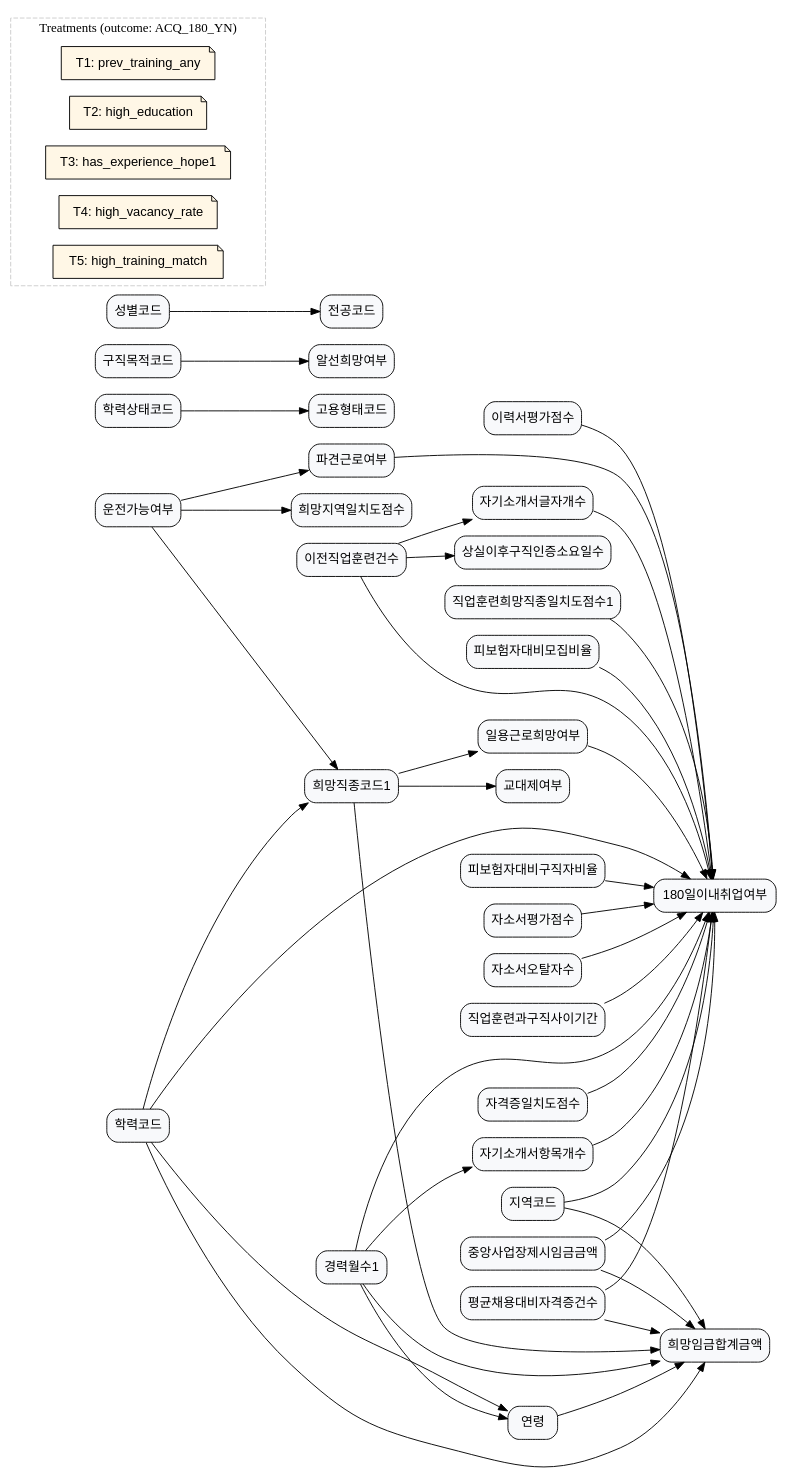
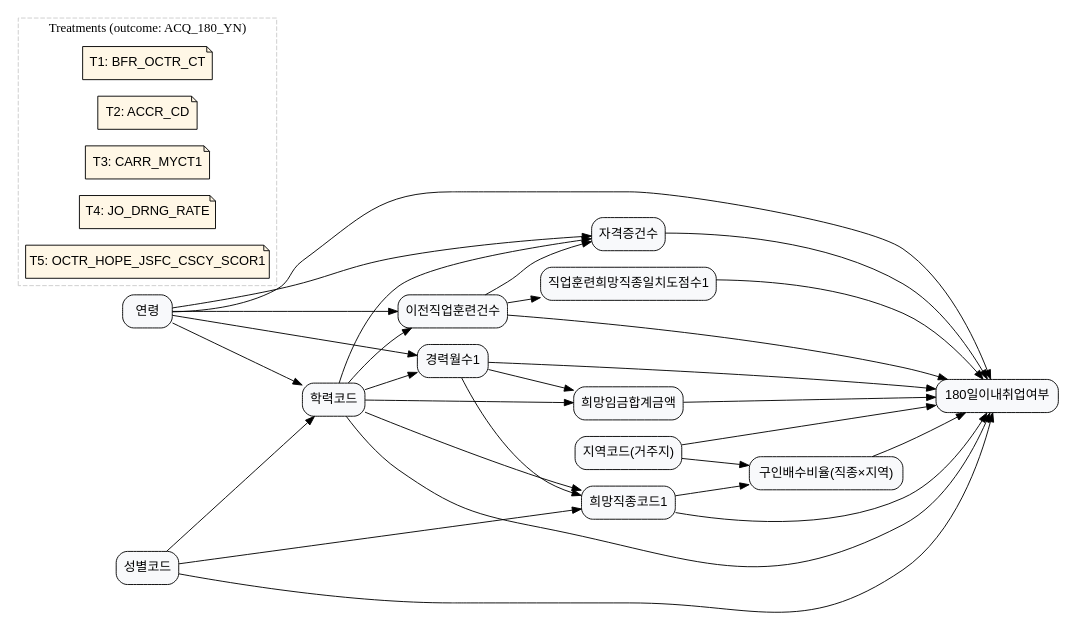
Before and after one commit to KU-LIM-Lab/dowhy-deep: the diagram in laborlab/data/graph_data/graph_1.dot, drawn with Graphviz. The commit also changed 19 other files, not shown here.

Commit message:
graph updated and added

```diff
--- a/laborlab/data/graph_data/graph_1.dot
+++ b/laborlab/data/graph_data/graph_1.dot
@@ -1,172 +1,109 @@
 digraph {
     rankdir=LR;
     node [shape=box, style="rounded,filled", fillcolor="#F8F9FB", fontname="Helvetica"];
 
-    // ==== 노드 라벨 정의 ====
     ACQ_180_YN                  [label="180일이내취업여부"];
-    FRFT_AFTR_JHNT_REQR_DYCT    [label="상실이후구직인증소요일수"];
-    EMPL_STLE_CD                [label="고용형태코드"];
-    ACCR_STCD                   [label="학력상태코드"];
-    DSPT_LABR_YN                [label="파견근로여부"];
-    DRV_PSBL_YN                 [label="운전가능여부"];
+    BFR_OCTR_CT                 [label="이전직업훈련건수"];
+    ACCR_CD                     [label="학력코드"];
+    CARR_MYCT1                  [label="경력월수1"];
+    JO_DRNG_RATE                [label="구인배수비율(직종×지역)"];
+    OCTR_HOPE_JSFC_CSCY_SCOR1   [label="직업훈련희망직종일치도점수1"];
+
+    AGE                         [label="연령"];
+    SXDS_CD                     [label="성별코드"];
+    AREA_CD                     [label="지역코드(거주지)"];
+    HOPE_JSCD1                  [label="희망직종코드1"];
     HOPE_WAGE_SM_AMT            [label="희망임금합계금액"];
-    HOPE_JSCD1                  [label="희망직종코드1"];
-    CARR_MYCT1                  [label="경력월수1"];
-    ACCR_CD                     [label="학력코드"];
-    NTR_BPLC_PSNT_WAGE_AMT      [label="중앙사업장제시임금금액"];
-    AVG_EMPN_VS_CRQF_CT         [label="평균채용대비자격증건수"];
-    AREA_CD                     [label="지역코드"];
-    AGE                         [label="연령"];
-    SHSY_YN                     [label="교대제여부"];
-    DLY_LABR_HOPE_YN            [label="일용근로희망여부"];
-    BFR_OCTR_CT                 [label="이전직업훈련건수"];
-    SFID_IEM_NUM                [label="자기소개서항목개수"];
-    SFID_LTTR_NUM               [label="자기소개서글자개수"];
-    OCTR_HOPE_JSFC_CSCY_SCOR1   [label="직업훈련희망직종일치도점수1"];
-    IPS_VS_RCIT_RATE            [label="피보험자대비모집비율"];
-    IPS_VS_JBHT_RATE            [label="피보험자대비구직자비율"];
-    HPAR_CSCY_SCOR              [label="희망지역일치도점수"];
-    JHNT_PPOS_CD                [label="구직목적코드"];
-    MDTN_HOPE_YN                [label="알선희망여부"];
-    SXDS_CD                     [label="성별코드"];
-    MAJR_CD1                    [label="전공코드"];
+    CRQF_CT                     [label="자격증건수"];
 
-    // 추가 파생/평가 변수 (영문 ID 유지)
-    cover_score                 [label="자소서평가점수"];
-    cover_typo_count            [label="자소서오탈자수"];
-    days_last_training_to_jobseek [label="직업훈련과구직사이기간"];
-    license_score               [label="자격증일치도점수"];
-    resume_score                [label="이력서평가점수"];
+    // 인과관계
+    AGE      -> ACCR_CD;
+    AGE      -> CARR_MYCT1;
+    AGE      -> BFR_OCTR_CT;
+    AGE      -> CRQF_CT;
+    AGE      -> ACQ_180_YN;
 
-    // ============================================================
-    // ==== Treatment definitions (메타데이터용 노드) ==============
-    // DoWhy/TabPFN 파이프라인에서 읽을 수 있도록
-    // role="treatment_meta"로 태깅한 노드 안에 정보를 넣어둔다.
+    SXDS_CD  -> ACCR_CD;
+    SXDS_CD  -> HOPE_JSCD1;
+    SXDS_CD  -> ACQ_180_YN;
 
+    ACCR_CD  -> CARR_MYCT1;
+    ACCR_CD  -> BFR_OCTR_CT;
+    ACCR_CD  -> CRQF_CT;
+    ACCR_CD  -> HOPE_JSCD1;
+    ACCR_CD  -> HOPE_WAGE_SM_AMT;
+    ACCR_CD  -> ACQ_180_YN;
+
+    CARR_MYCT1 -> HOPE_JSCD1;
+    CARR_MYCT1 -> HOPE_WAGE_SM_AMT;
+    CARR_MYCT1 -> ACQ_180_YN;
+
+    AREA_CD     -> JO_DRNG_RATE;
+    AREA_CD     -> ACQ_180_YN;
+
+    HOPE_JSCD1  -> JO_DRNG_RATE;
+    HOPE_JSCD1  -> ACQ_180_YN;
+
+    JO_DRNG_RATE -> ACQ_180_YN;
+
+    BFR_OCTR_CT               -> OCTR_HOPE_JSFC_CSCY_SCOR1;
+    BFR_OCTR_CT               -> CRQF_CT;
+    BFR_OCTR_CT               -> ACQ_180_YN;
+    OCTR_HOPE_JSFC_CSCY_SCOR1 -> ACQ_180_YN;
+    CRQF_CT                   -> ACQ_180_YN;
+
+    HOPE_WAGE_SM_AMT -> ACQ_180_YN;
+
+    // Treatments
     subgraph cluster_treatments {
         label="Treatments (outcome: ACQ_180_YN)";
         style=dashed;
         color="#CCCCCC";
         node [shape=note, style="rounded,filled", fillcolor="#FFF7E6", fontname="Helvetica"];
 
-        // T1: 이전 직업훈련 경험 (training exposure)
         T1 [
-            label="T1: prev_training_any",
+            label="T1: BFR_OCTR_CT",
             role="treatment_meta",
             treatment_var="BFR_OCTR_CT",
-            treatment_name="prev_training_any",
-            treatment_def="BFR_OCTR_CT > 0",
-            treatment_question="이전 직업훈련을 한 번이라도 받은 사람은 그렇지 않은 사람보다 6개월 이내 취업 확률이 얼마나 높은가?"
+            treatment_name="BFR_OCTR_CT",
+            treatment_def="이전직업훈련건수 수준 차이가 ACQ_180_YN(6개월 내 취업)에 미치는 인과효과",
+            treatment_question="이전 직업훈련을 많이 받은 사람과 거의 받지 않은 사람의 6개월 내 취업 확률 차이는?"
         ];
 
-        // T2: 최종 학력 수준 (education level)
         T2 [
-            label="T2: high_education",
+            label="T2: ACCR_CD",
             role="treatment_meta",
             treatment_var="ACCR_CD",
-            treatment_name="high_education",
-            treatment_def="전문대/대졸 이상=1, 고졸 이하=0 (실제 cut-off는 코드값 보고 결정)",
-            treatment_question="높은 학력을 가진 구직자는 낮은 학력자에 비해 6개월 이내 취업 확률이 얼마나 다른가?"
+            treatment_name="ACCR_CD",
+            treatment_def="학력코드(최종학력) 수준 차이가 ACQ_180_YN에 미치는 인과효과",
+            treatment_question="학력 수준이 다른 구직자 간 6개월 내 취업 확률 차이는?"
         ];
 
-        // T3: 관련 경력 보유 여부 (experience in desired occupation)
         T3 [
-            label="T3: has_experience_hope1",
+            label="T3: CARR_MYCT1",
             role="treatment_meta",
             treatment_var="CARR_MYCT1",
-            treatment_name="has_experience_hope1",
-            treatment_def="CARR_MYCT1 > 0",
-            treatment_question="희망직종1에 대한 관련 경력이 있는 구직자는 무경력자에 비해 6개월 이내 취업 확률이 얼마나 다른가?"
+            treatment_name="CARR_MYCT1",
+            treatment_def="희망직종1 경력 개월 수 차이가 ACQ_180_YN에 미치는 인과효과",
+            treatment_question="희망직종1 관련 경력이 긴 사람과 짧은 사람의 6개월 내 취업 확률 차이는?"
         ];
 
-        // T4: 노동시장 매칭 여건 (모집비율 높은 시장 vs 낮은 시장)
         T4 [
-            label="T4: high_vacancy_rate",
+            label="T4: JO_DRNG_RATE",
             role="treatment_meta",
-            treatment_var="IPS_VS_RCIT_RATE",
-            treatment_name="high_vacancy_rate",
-            treatment_def="직종×지역별 모집비율이 상위 q분위(예: 상위 30%)이면 1, 그 외 0",
-            treatment_question="채용공고가 상대적으로 많은 직종·지역에서 구직하는 사람은 6개월 이내 취업 확률이 얼마나 더 높은가?"
+            treatment_var="JO_DRNG_RATE",
+            treatment_name="JO_DRNG_RATE",
+            treatment_def="희망 직종×지역의 구인배수비율 수준 차이가 ACQ_180_YN에 미치는 인과효과",
+            treatment_question="구인배수비율이 높은 직종·지역을 선택한 사람과 낮은 곳을 선택한 사람의 6개월 내 취업 확률 차이는?"
         ];
 
-        // T5: 직업훈련-희망직종 일치도 (training-job match quality)
         T5 [
-            label="T5: high_training_match",
+            label="T5: OCTR_HOPE_JSFC_CSCY_SCOR1",
             role="treatment_meta",
             treatment_var="OCTR_HOPE_JSFC_CSCY_SCOR1",
-            treatment_name="high_training_match",
-            treatment_def="직업훈련-희망직종 일치도 점수가 상위 q분위(예: 상위 30%)이면 1, 그 외 0",
-            treatment_question="직업훈련 내용이 본인이 희망하는 직종과 더 잘 맞는 구직자는 그렇지 않은 사람보다 6개월 이내 취업 확률이 얼마나 높은가?"
+            treatment_name="OCTR_HOPE_JSFC_CSCY_SCOR1",
+            treatment_def="직업훈련과 희망직종 간 일치도 점수 수준 차이가 ACQ_180_YN에 미치는 인과효과",
+            treatment_question="훈련-희망직종 일치도가 높은 사람과 낮은 사람의 6개월 내 취업 확률 차이는?"
         ];
     }
-
-    // ============================================================
-    // ==== Causal structure (원래 DAG) ===========================
-
-    // --- 운전가능여부 ---
-    DRV_PSBL_YN -> DSPT_LABR_YN;          // 운전이 가능하면 파견 근로의 장벽이 낮아짐
-    DRV_PSBL_YN -> HOPE_JSCD1;            // 운전면허가 필요한 직업군
-    DRV_PSBL_YN -> HPAR_CSCY_SCOR;        // 운전 가능하면 먼 지역 근무도 수용하기 쉬움
-
-    // --- 이전직업훈련건수 ---
-    BFR_OCTR_CT -> FRFT_AFTR_JHNT_REQR_DYCT; // 퇴직 후 훈련을 많이 받을수록 구직활동 지연
-    BFR_OCTR_CT -> SFID_LTTR_NUM;            // 훈련 많이 받은 사람은 자소서에 쓸 내용이 많음
-    BFR_OCTR_CT -> ACQ_180_YN;               // (직접원인) 취업 여부에 영향
-
-    // --- 학력상태코드 ---
-    ACCR_STCD -> EMPL_STLE_CD;           // 재학/휴학/졸업 여부에 따라 고용형태 달라짐
-
-    // --- 학력코드 ---
-    ACCR_CD -> HOPE_WAGE_SM_AMT;         // 이정도 공부했으면 희망임금 상향
-    ACCR_CD -> HOPE_JSCD1;               // 학력에 따라 직업풀이 다름
-    ACCR_CD -> AGE;                      // 박사가 고졸보다 나이 많음
-    ACCR_CD -> ACQ_180_YN;               // (직접원인) 취업 여부에 영향
-
-    // --- 경력월수1 ---
-    CARR_MYCT1 -> HOPE_WAGE_SM_AMT;      // 경력 많으면 희망임금 상향
-    CARR_MYCT1 -> AGE;                   // 경력 많은 사람은 나이도 많음
-    CARR_MYCT1 -> SFID_IEM_NUM;          // 경력 많으면 자소서 항목 많아짐
-    CARR_MYCT1 -> ACQ_180_YN;            // (직접원인) 취업 여부에 영향
-
-    // --- 희망직종코드1 ---
-    HOPE_JSCD1 -> HOPE_WAGE_SM_AMT;      // 직종에 따라 희망임금 달라짐
-    HOPE_JSCD1 -> SHSY_YN;               // 직종에 따라 교대제 필요
-    HOPE_JSCD1 -> DLY_LABR_HOPE_YN;      // 직종에 따라 일용근무 여부 달라짐
-
-    // --- 중앙사업장제시임금금액 ---
-    NTR_BPLC_PSNT_WAGE_AMT -> HOPE_WAGE_SM_AMT; // 제시 임금 수준이 희망임금에 영향
-    NTR_BPLC_PSNT_WAGE_AMT -> ACQ_180_YN;       // (직접원인) 취업 여부에 영향
-
-    // --- 평균채용대비자격증건수 ---
-    AVG_EMPN_VS_CRQF_CT -> HOPE_WAGE_SM_AMT;    // 자격증 많으면 희망임금 상향
-    AVG_EMPN_VS_CRQF_CT -> ACQ_180_YN;          // (직접원인) 취업 여부에 영향
-
-    // --- 지역코드 ---
-    AREA_CD -> HOPE_WAGE_SM_AMT;                // 지역 차이로 희망임금 달라짐
-    AREA_CD -> ACQ_180_YN;                      // (직접원인) 취업 여부에 영향
-
-    // --- 연령 ---
-    AGE -> HOPE_WAGE_SM_AMT;                    // 연령 높을수록 희망임금 상향
-
-    // --- 구직목적코드 ---
-    JHNT_PPOS_CD -> MDTN_HOPE_YN;               // 구직 목적에 따라 알선 희망 여부 달라짐
-
-    // --- 성별코드 ---
-    SXDS_CD -> MAJR_CD1;                        // 성별에 따라 전공 선택이 다름
-
-    // --- 자기소개서/이력·자격 관련 파생지표 ---
-    cover_score -> ACQ_180_YN;                  // 자소서 평가점수는 취업에 직접 영향
-    cover_typo_count -> ACQ_180_YN;             // 오탈자 수는 취업에 직접 영향
-    days_last_training_to_jobseek -> ACQ_180_YN; // 마지막 훈련~구직기간 길면 취업에 영향
-    license_score -> ACQ_180_YN;                // 자격증 일치도는 취업에 직접 영향
-    resume_score -> ACQ_180_YN;                 // 이력서 점수는 취업에 직접 영향
-
-    // --- 취업 여부의 기타 직접 원인 ---
-    DSPT_LABR_YN -> ACQ_180_YN;                 // 파견근로여부
-    DLY_LABR_HOPE_YN -> ACQ_180_YN;             // 일용근로희망여부
-    SFID_IEM_NUM -> ACQ_180_YN;                 // 자기소개서항목개수
-    SFID_LTTR_NUM -> ACQ_180_YN;                // 자기소개서글자개수
-    OCTR_HOPE_JSFC_CSCY_SCOR1 -> ACQ_180_YN;    // 직업훈련희망직종일치도점수1
-    IPS_VS_RCIT_RATE -> ACQ_180_YN;             // 피보험자대비모집비율
-    IPS_VS_JBHT_RATE -> ACQ_180_YN;             // 피보험자대비구직자비율
 }
```
